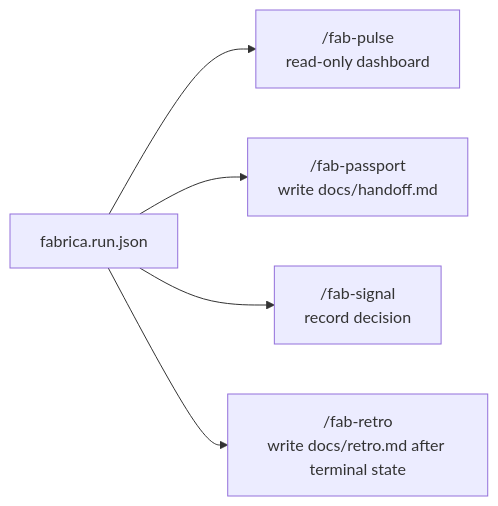
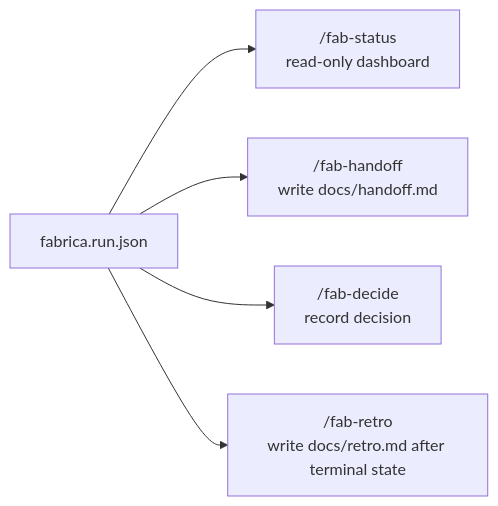
The third of 3 diagrams in docs/STATE_MACHINE.md (sushilduseja/fabrica-skills), drawn with Mermaid before and after one commit. The commit also changed other lines of this file and 76 other files, not shown here.

````diff
--- a/docs/STATE_MACHINE.md
+++ b/docs/STATE_MACHINE.md
@@ -67,7 +67,7 @@
 ```mermaid
 flowchart LR
-  RunState["fabrica.run.json"] --> Pulse["/fab-pulse\nread-only dashboard"]
-  RunState --> Passport["/fab-passport\nwrite docs/handoff.md"]
-  RunState --> Signal["/fab-signal\nrecord decision"]
+  RunState["fabrica.run.json"] --> Pulse["/fab-status\nread-only dashboard"]
+  RunState --> Passport["/fab-handoff\nwrite docs/handoff.md"]
+  RunState --> Signal["/fab-decide\nrecord decision"]
   RunState --> Retro["/fab-retro\nwrite docs/retro.md after terminal state"]
 ```
````
